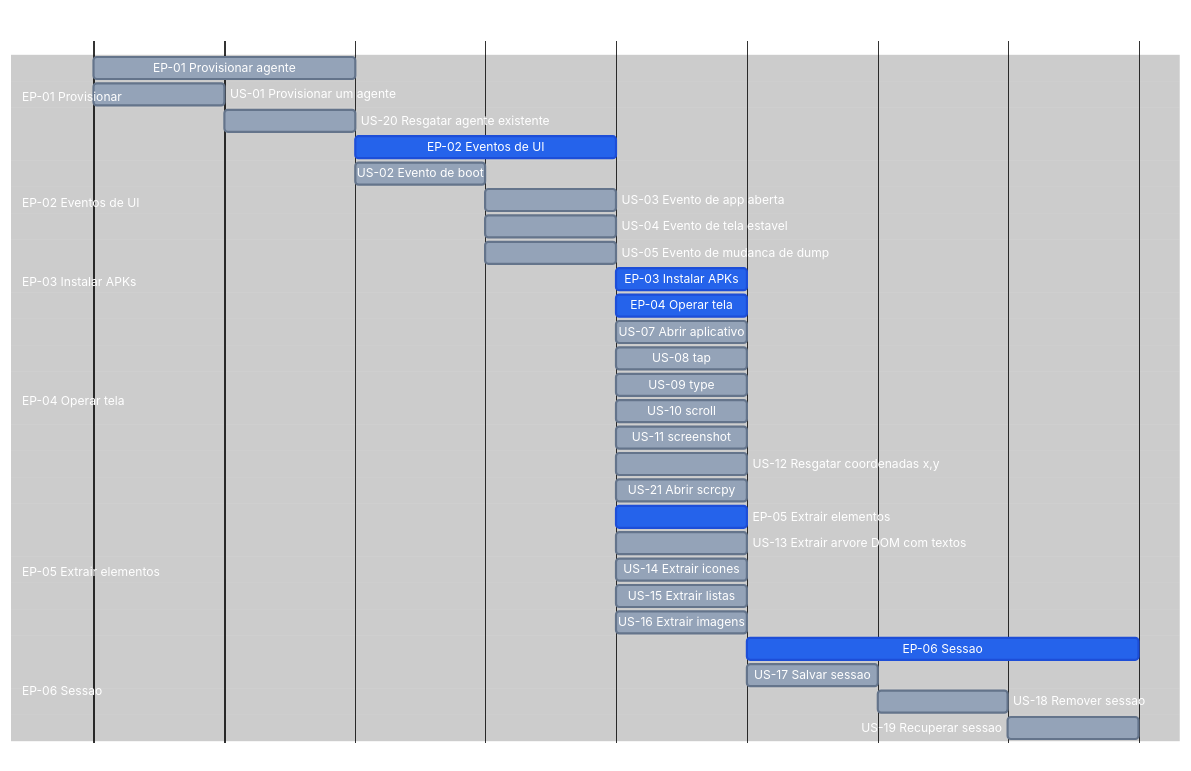
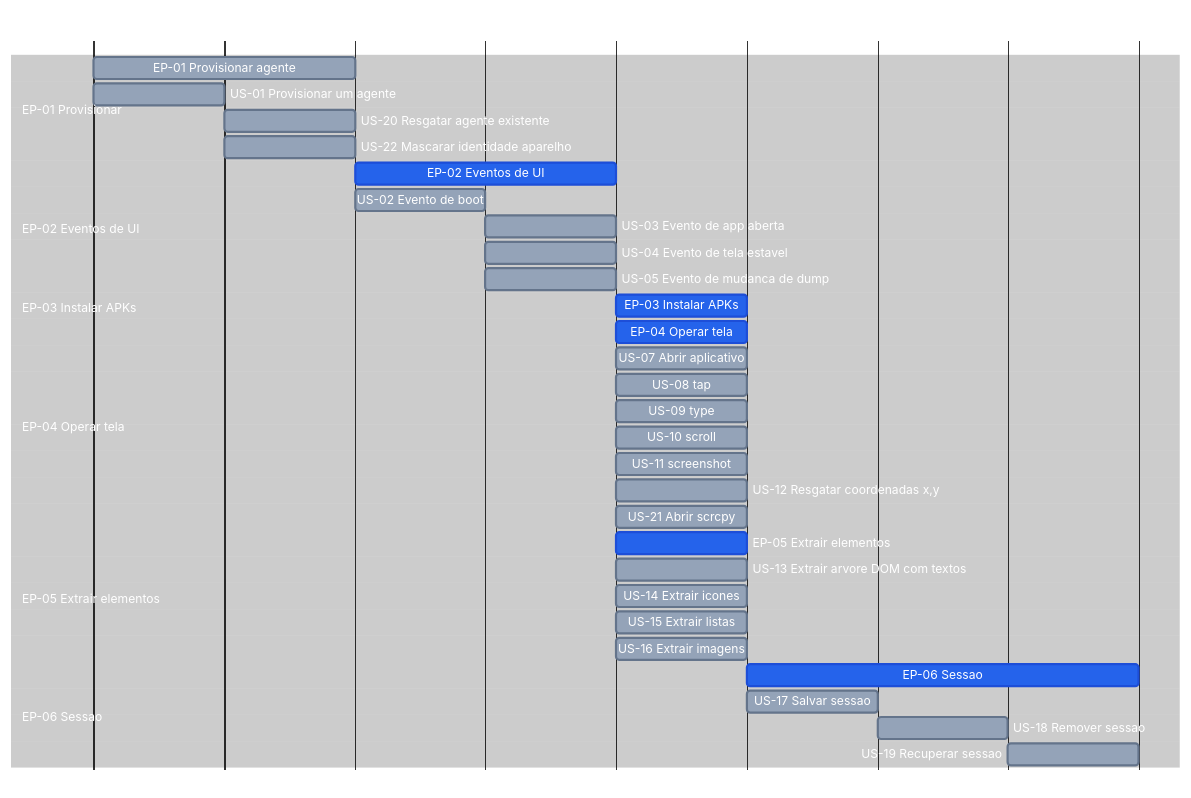
One commit to laerciogermano/workstation changed the diagram in screen-robot/3.roadmap.md. Above: the diagram before and after it, drawn with Mermaid. The commit also changed 15 other files, not shown here.

````diff
--- a/screen-robot/3.roadmap.md
+++ b/screen-robot/3.roadmap.md
@@ -12,77 +12,78 @@
 ```mermaid
 ---
 config:
   theme: base
   themeVariables:
     darkMode: true
     background: '#000000'
     primaryTextColor: '#ffffff'
     secondaryTextColor: '#ffffff'
     tertiaryTextColor: '#ffffff'
     textColor: '#ffffff'
     lineColor: '#333333'
     mainBkg: '#000000'
     secondaryColor: '#000000'
     tertiaryColor: '#000000'
     sectionBkgColor: '#000000'
     sectionBkgColor2: '#000000'
     altSectionBkgColor: '#000000'
     gridColor: '#222222'
     excludeBkgColor: '#000000'
     todayLineColor: '#444444'
     doneTaskBkgColor: '#2563eb'
     doneTaskBorderColor: '#1d4ed8'
     taskBkgColor: '#94a3b8'
     taskBorderColor: '#64748b'
     taskTextColor: '#ffffff'
     taskTextDarkColor: '#ffffff'
     taskTextLightColor: '#ffffff'
     taskTextOutsideColor: '#ffffff'
     critBkgColor: '#2563eb'
     critBorderColor: '#1d4ed8'
     activeTaskBkgColor: '#94a3b8'
     activeTaskBorderColor: '#64748b'
 ---
 gantt
   title screen-robot EP / US
   dateFormat X
   axisFormat %s
 
   section EP-01 Provisionar
   EP-01 Provisionar agente              :ep01, 0, 30m
   US-01 Provisionar um agente           :us01, 0, 15m
   US-20 Resgatar agente existente       :us20, after us01, 15m
+  US-22 Mascarar identidade aparelho    :us22, after us01, 15m
 
   section EP-02 Eventos de UI
   EP-02 Eventos de UI                   :done, ep02, after ep01, 30m
   US-02 Evento de boot                  :us02, after ep01, 15m
   US-03 Evento de app aberta            :us03, after us02, 15m
   US-04 Evento de tela estavel          :us04, after us02, 15m
   US-05 Evento de mudanca de dump       :us05, after us02, 15m
 
   section EP-03 Instalar APKs
   EP-03 Instalar APKs                   :done, ep03, after us05, 15m
 
   section EP-04 Operar tela
   EP-04 Operar tela                     :done, ep04, after us05, 15m
   US-07 Abrir aplicativo                :us07, after us05, 15m
   US-08 tap                             :us08, after us05, 15m
   US-09 type                            :us09, after us05, 15m
   US-10 scroll                          :us10, after us05, 15m
   US-11 screenshot                      :us11, after us05, 15m
   US-12 Resgatar coordenadas x,y        :us12, after us05, 15m
   US-21 Abrir scrcpy                    :us21, after us05, 15m
 
   section EP-05 Extrair elementos
   EP-05 Extrair elementos               :done, ep05, after us05, 15m
   US-13 Extrair arvore DOM com textos   :us13, after us05, 15m
   US-14 Extrair icones                  :us14, after us05, 15m
   US-15 Extrair listas                  :us15, after us05, 15m
   US-16 Extrair imagens                 :us16, after us05, 15m
 
   section EP-06 Sessao
   EP-06 Sessao                          :done, ep06, after ep05, 45m
   US-17 Salvar sessao                   :us17, after ep05, 15m
   US-18 Remover sessao                  :us18, after us17, 15m
   US-19 Recuperar sessao                :us19, after us18, 15m
 ```
````
